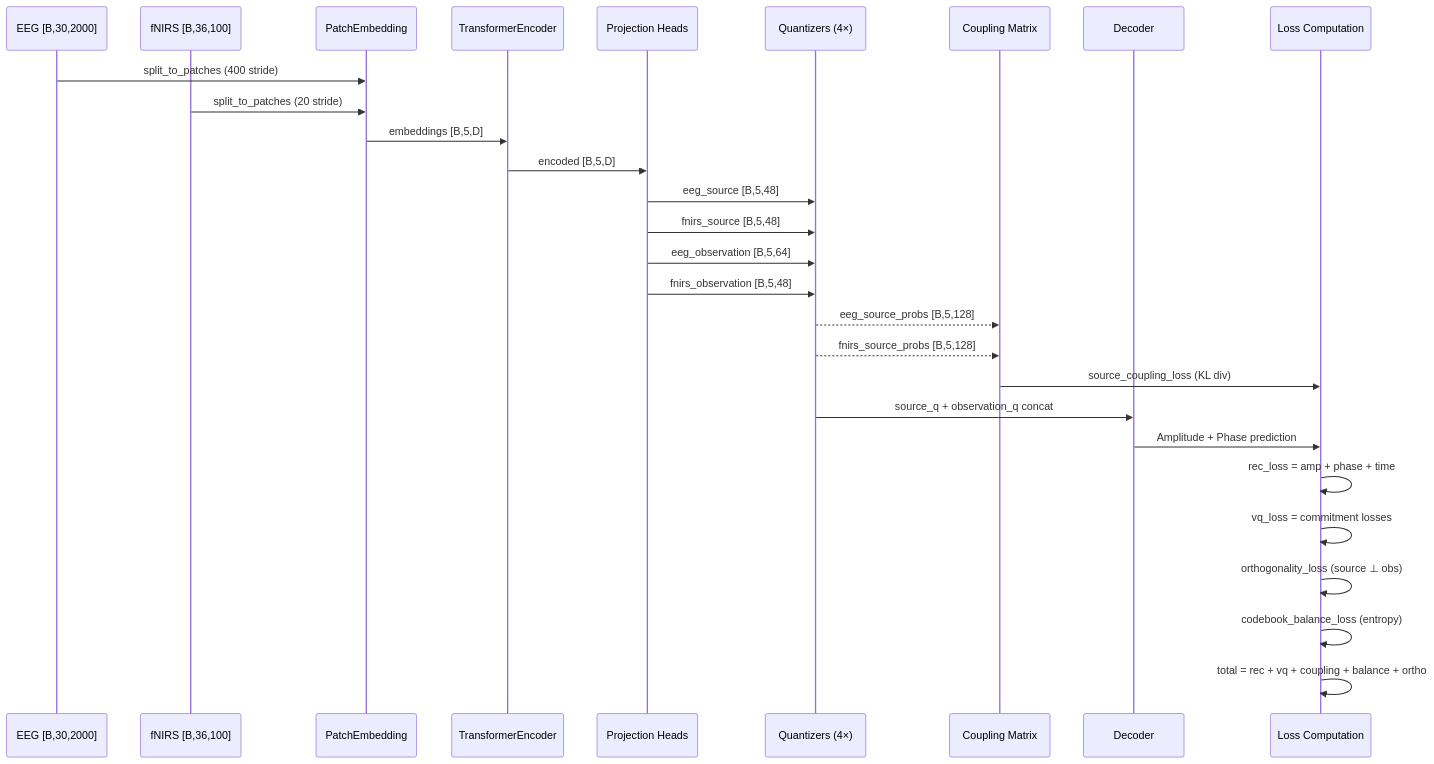
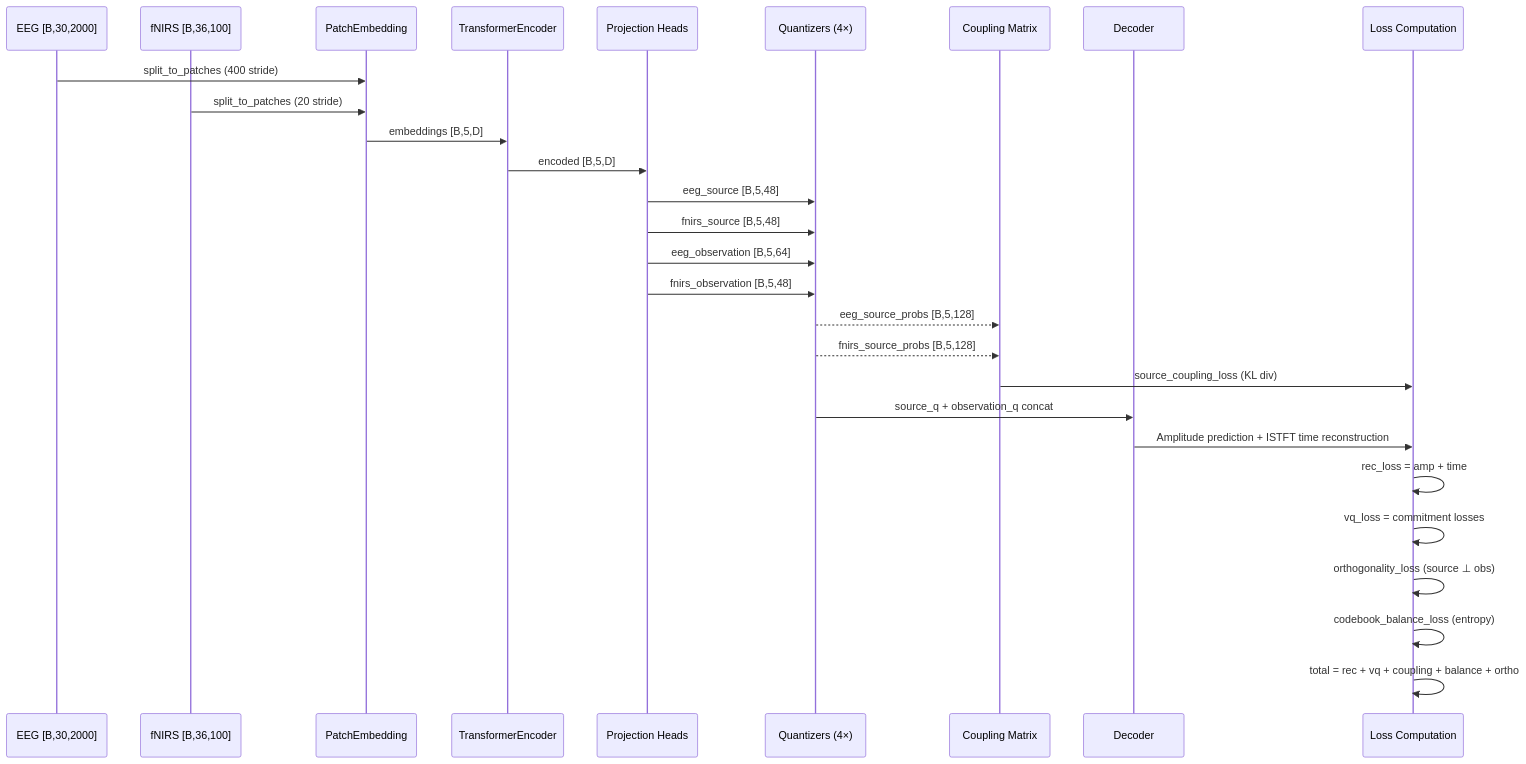
Before and after one commit to Kevin65536/PID-MCM: the second of 3 diagrams in docs/ARCHITECTURE.md, drawn with Mermaid. The commit also changed other lines of this file and 6 other files, not shown here.

````diff
--- a/docs/ARCHITECTURE.md
+++ b/docs/ARCHITECTURE.md
@@ -105,34 +106,34 @@
 ```mermaid
 sequenceDiagram
     participant EEG as EEG [B,30,2000]
     participant fNIRS as fNIRS [B,36,100]
     participant Patch as PatchEmbedding
     participant Enc as TransformerEncoder
     participant Proj as Projection Heads
     participant Quant as Quantizers (4×)
     participant Coup as Coupling Matrix
     participant Dec as Decoder
     participant Loss as Loss Computation
 
     EEG->>Patch: split_to_patches (400 stride)
     fNIRS->>Patch: split_to_patches (20 stride)
     Patch->>Enc: embeddings [B,5,D]
     Enc->>Proj: encoded [B,5,D]
 
     Proj->>Quant: eeg_source [B,5,48]
     Proj->>Quant: fnirs_source [B,5,48]
     Proj->>Quant: eeg_observation [B,5,64]
     Proj->>Quant: fnirs_observation [B,5,48]
 
     Quant-->>Coup: eeg_source_probs [B,5,128]
     Quant-->>Coup: fnirs_source_probs [B,5,128]
     Coup->>Loss: source_coupling_loss (KL div)
 
     Quant->>Dec: source_q + observation_q concat
-    Dec->>Loss: Amplitude + Phase prediction
-    Loss->>Loss: rec_loss = amp + phase + time
+    Dec->>Loss: Amplitude prediction + ISTFT time reconstruction
+    Loss->>Loss: rec_loss = amp + time
     Loss->>Loss: vq_loss = commitment losses
     Loss->>Loss: orthogonality_loss (source ⊥ obs)
     Loss->>Loss: codebook_balance_loss (entropy)
     Loss->>Loss: total = rec + vq + coupling + balance + ortho
 ```
````
